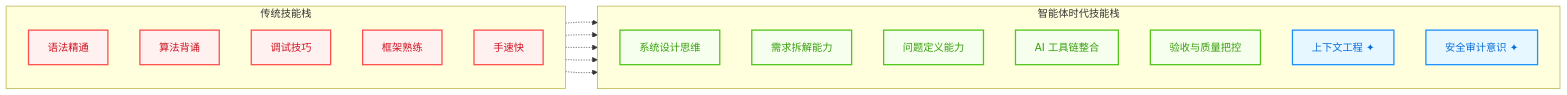
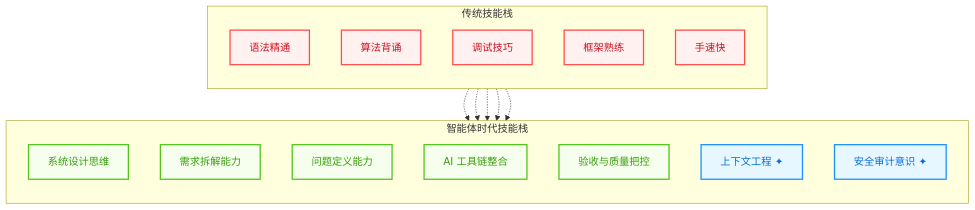
The fourth of 13 diagrams in docs/books/智能体AI权威指南/ch10.md (mingminyu/mingminyu.github.io), drawn with Mermaid before and after one commit. The commit also changed other lines of this file, not shown here.

````diff
--- a/docs/books/智能体AI权威指南/ch10.md
+++ b/docs/books/智能体AI权威指南/ch10.md
@@ -264,38 +264,38 @@
 ```mermaid
-graph LR
+graph 
     %% Style Definitions
     classDef old fill:#fff1f0,stroke:#ff4d4f,stroke-width:2px,color:#cf1322;
     classDef new fill:#f6ffed,stroke:#52c41a,stroke-width:2px,color:#389e0d;
     classDef emerging fill:#e6f7ff,stroke:#1890ff,stroke-width:2px,color:#096dd9;
 
     subgraph Traditional [传统技能栈]
         direction TB
         S1[语法精通]
         S2[算法背诵]
         S3[调试技巧]
         S4[框架熟练]
         S5[手速快]
     end
 
     subgraph Agentic [智能体时代技能栈]
         direction TB
         N1[系统设计思维]
         N2[需求拆解能力]
         N3[问题定义能力]
         N4[AI 工具链整合]
         N5[验收与质量把控]
         N6[上下文工程 ✦]
         N7[安全审计意识 ✦]
     end
 
     S1 -.-> N1
     S2 -.-> N2
     S3 -.-> N3
     S4 -.-> N4
     S5 -.-> N5
 
     %% Apply Styles
     class S1,S2,S3,S4,S5 old;
     class N1,N2,N3,N4,N5 new;
     class N6,N7 emerging;
 ```
````
